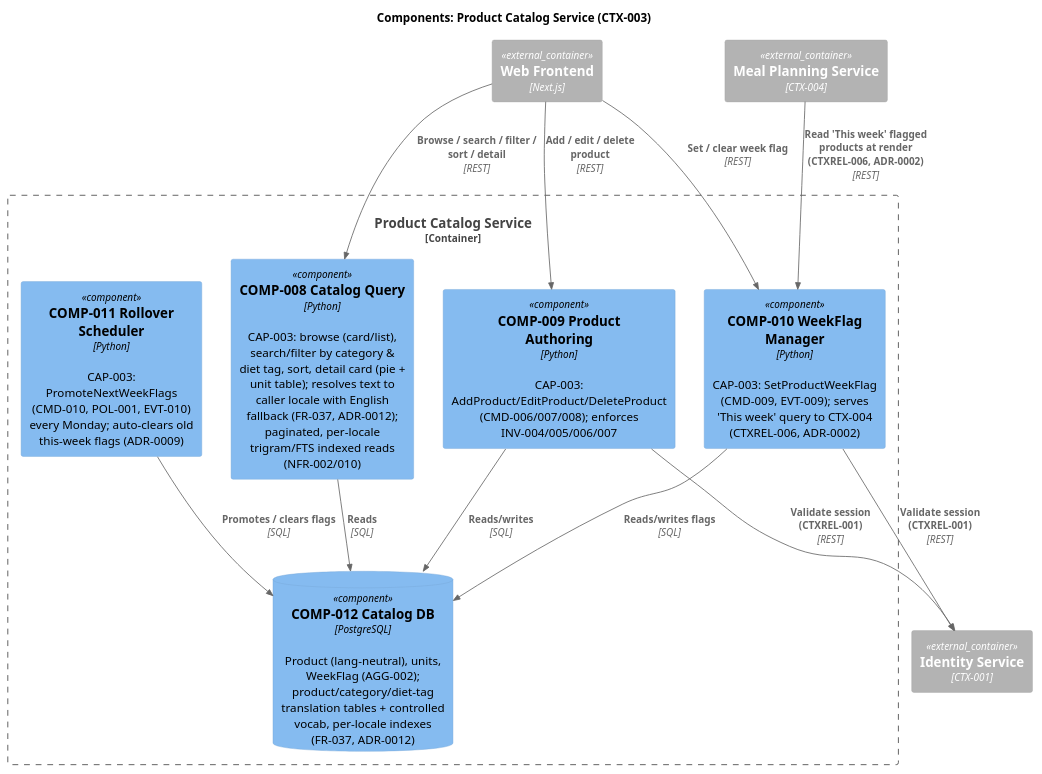
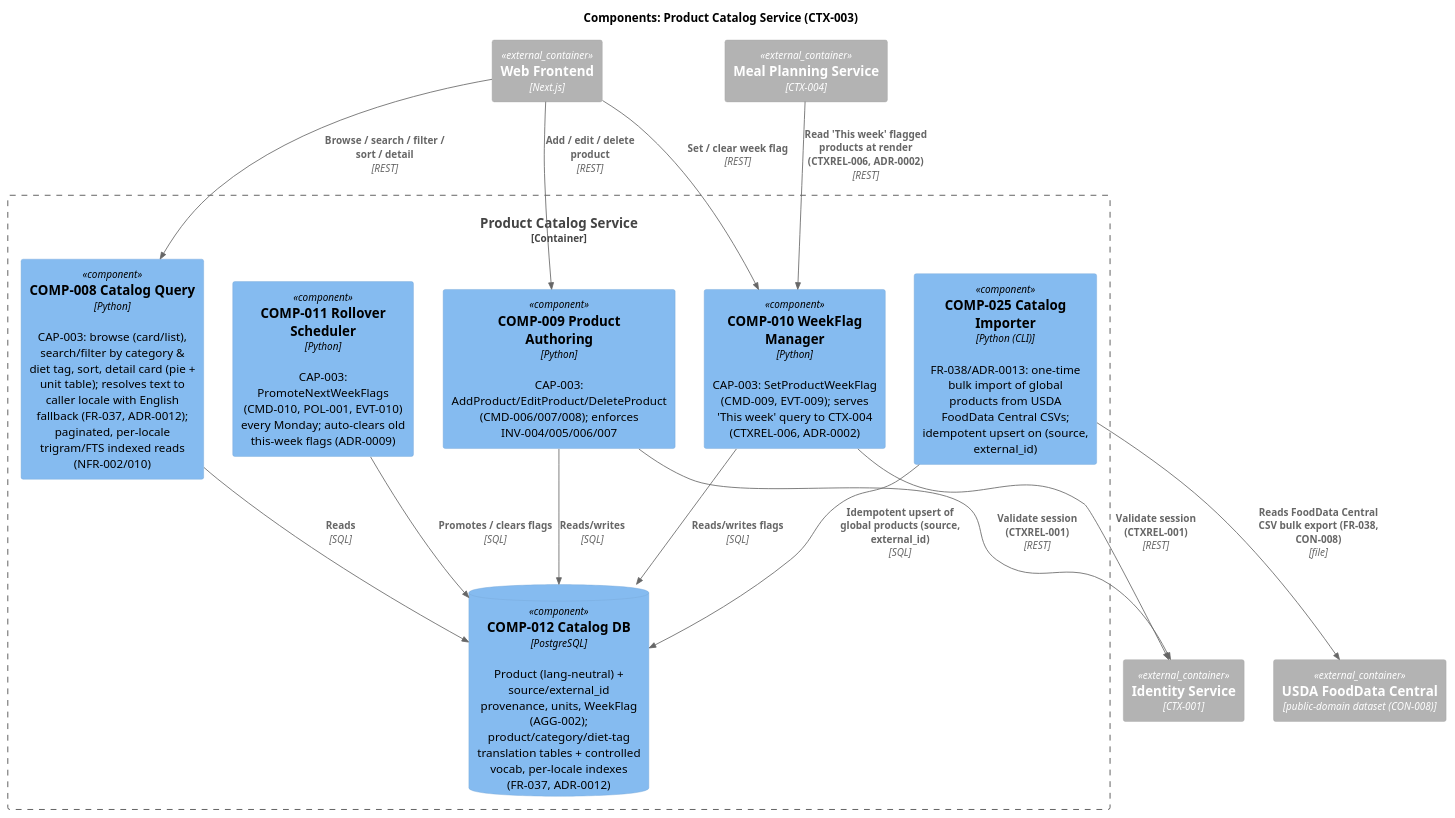
The diagram in meta/architecture/c4/components-product-catalog.puml (et0175/meal-planner), drawn with PlantUML before and after one commit. The commit also changed 6 other files, not shown here.

First line of the commit message:
docs(architecture): ADR-0013 global catalog from USDA FoodData Central

```diff
--- a/meta/architecture/c4/components-product-catalog.puml
+++ b/meta/architecture/c4/components-product-catalog.puml
@@ -1,38 +1,44 @@
 @startuml
 !include <C4/C4_Component>
 ' ============================================================
 ' C4 Components — Product Catalog Context (CTX-003)
 ' Auto-generated by forge:architect-synthesis. Do not edit manually.
 ' Full COMP inventory: see c4/components-identity.puml (overview).
 ' Generated from: CTX-003 capabilities [CAP-003], context_map CTXREL-001 (auth), CTXREL-006 (WeekFlag read by CTX-004)
 ' ADR references: ADR-0009 (rollover auto-clear old this-week), ADR-0002 (WeekFlag served sync to CTX-004),
-'                 ADR-0012 (localization model: translation tables + per-locale search; FR-037, NFR-002/010)
+'                 ADR-0012 (localization model: translation tables + per-locale search; FR-037, NFR-002/010),
+'                 ADR-0013 (global catalog bulk-imported from USDA FoodData Central; FR-038, CON-008)
 ' ============================================================
 title Components: Product Catalog Service (CTX-003)
 
 Container_Boundary(catalog, "Product Catalog Service") {
   Component(query, "COMP-008 Catalog Query", "Python", "CAP-003: browse (card/list), search/filter by category & diet tag, sort, detail card (pie + unit table); resolves text to caller locale with English fallback (FR-037, ADR-0012); paginated, per-locale trigram/FTS indexed reads (NFR-002/010)")
   Component(authoring, "COMP-009 Product Authoring", "Python", "CAP-003: AddProduct/EditProduct/DeleteProduct (CMD-006/007/008); enforces INV-004/005/006/007")
   Component(weekflag, "COMP-010 WeekFlag Manager", "Python", "CAP-003: SetProductWeekFlag (CMD-009, EVT-009); serves 'This week' query to CTX-004 (CTXREL-006, ADR-0002)")
   Component(scheduler, "COMP-011 Rollover Scheduler", "Python", "CAP-003: PromoteNextWeekFlags (CMD-010, POL-001, EVT-010) every Monday; auto-clears old this-week flags (ADR-0009)")
-  ComponentDb(catalogDb, "COMP-012 Catalog DB", "PostgreSQL", "Product (lang-neutral), units, WeekFlag (AGG-002); product/category/diet-tag translation tables + controlled vocab, per-locale indexes (FR-037, ADR-0012)")
+  Component(importer, "COMP-025 Catalog Importer", "Python (CLI)", "FR-038/ADR-0013: one-time bulk import of global products from USDA FoodData Central CSVs; idempotent upsert on (source, external_id)")
+  ComponentDb(catalogDb, "COMP-012 Catalog DB", "PostgreSQL", "Product (lang-neutral) + source/external_id provenance, units, WeekFlag (AGG-002); product/category/diet-tag translation tables + controlled vocab, per-locale indexes (FR-037, ADR-0012)")
 }
 
 Container_Ext(frontend, "Web Frontend", "Next.js")
 Container_Ext(identity, "Identity Service", "CTX-001")
 Container_Ext(planning, "Meal Planning Service", "CTX-004")
+Container_Ext(usda, "USDA FoodData Central", "public-domain dataset (CON-008)")
 
 Rel(frontend, query, "Browse / search / filter / sort / detail", "REST")
 Rel(frontend, authoring, "Add / edit / delete product", "REST")
 Rel(frontend, weekflag, "Set / clear week flag", "REST")
 
 Rel(authoring, identity, "Validate session (CTXREL-001)", "REST")
 Rel(weekflag, identity, "Validate session (CTXREL-001)", "REST")
 
 Rel(planning, weekflag, "Read 'This week' flagged products at render (CTXREL-006, ADR-0002)", "REST")
 
 Rel(query, catalogDb, "Reads", "SQL")
 Rel(authoring, catalogDb, "Reads/writes", "SQL")
 Rel(weekflag, catalogDb, "Reads/writes flags", "SQL")
 Rel(scheduler, catalogDb, "Promotes / clears flags", "SQL")
+
+Rel(importer, usda, "Reads FoodData Central CSV bulk export (FR-038, CON-008)", "file")
+Rel(importer, catalogDb, "Idempotent upsert of global products (source, external_id)", "SQL")
 @enduml
```
